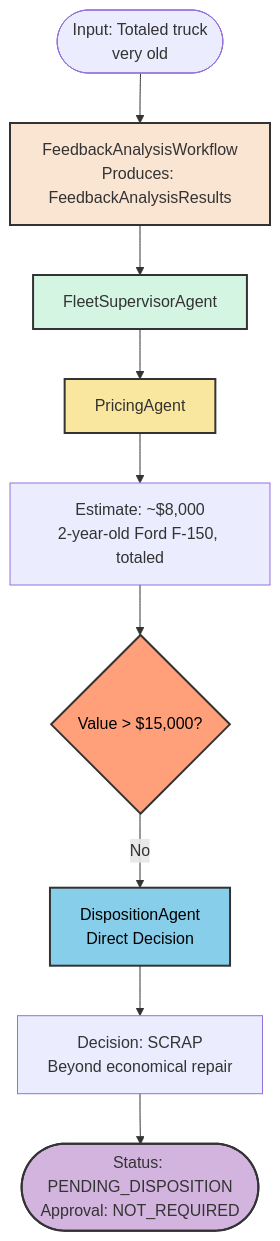
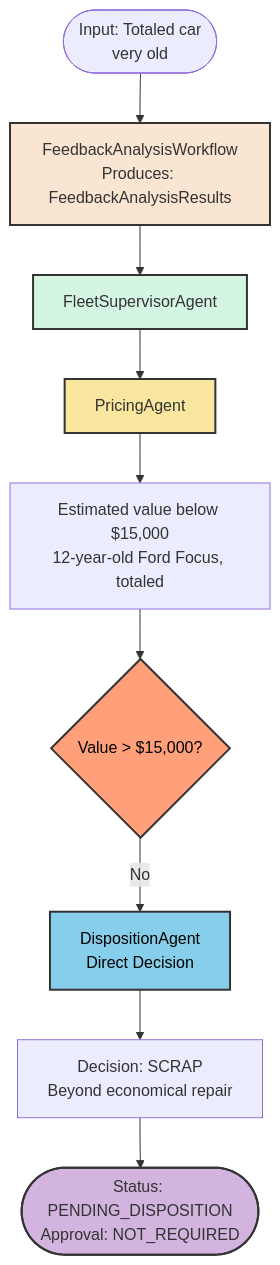
One commit to quarkusio/quarkus-workshop-langchain4j changed the fifth of 6 diagrams in docs/docs/section-2/step-05.md. Above: the diagram before and after it, drawn with Mermaid. The commit also changed other lines of this file and 1 other file, not shown here.

Commit message:
Revise estimated values and feedback text in documentation for improved accuracy and clarity

````diff
--- a/docs/docs/section-2/step-05.md
+++ b/docs/docs/section-2/step-05.md
@@ -410,23 +410,23 @@
 ```mermaid
 flowchart TD
-    Start(["Input: Totaled truck<br/>very old"])
+    Start(["Input: Totaled car<br/>very old"])
 
     Start --> FW["FeedbackAnalysisWorkflow<br/>Produces: FeedbackAnalysisResults"]
 
     FW --> FSA["FleetSupervisorAgent"]
     FSA --> PA["PricingAgent"]
-    PA --> Value["Estimate: ~$8,000<br/>2-year-old Ford F-150, totaled"]
+    PA --> Value["Estimated value below $15,000<br/>12-year-old Ford Focus, totaled"]
 
     Value --> Check{"Value > $15,000?"}
     Check -->|No| Direct["DispositionAgent<br/>Direct Decision"]
     Direct --> Decision["Decision: SCRAP<br/>Beyond economical repair"]
 
     Decision --> Result(["Status: PENDING_DISPOSITION<br/>Approval: NOT_REQUIRED"])
 
     style FW fill:#FAE5D3,stroke:#333,stroke-width:2,color:#333
     style FSA fill:#D5F5E3,stroke:#333,stroke-width:2,color:#333
     style PA fill:#F9E79F,stroke:#333,stroke-width:2,color:#333
     style Direct fill:#87CEEB,stroke:#333,stroke-width:2,color:#000
     style Check fill:#FFA07A,stroke:#333,stroke-width:2,color:#000
     style Result fill:#D2B4DE,stroke:#333,stroke-width:2,color:#333
 ```
````
